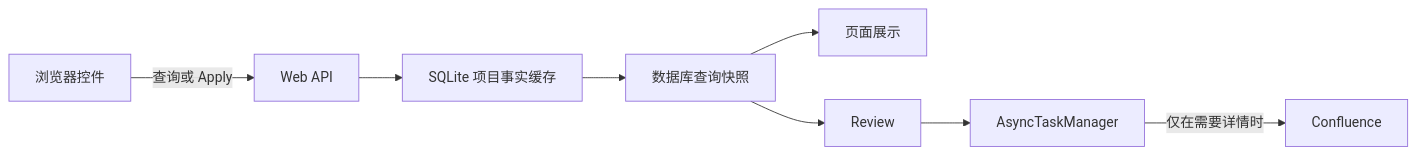
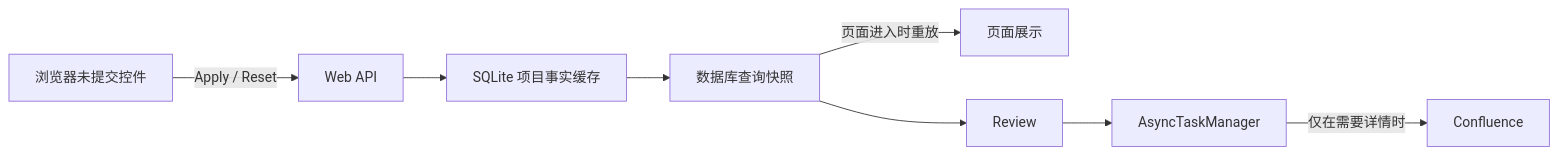
One commit to zhaoxiaojia/SmartTest changed the diagram in docs/superpowers/specs/2026-09-01-web-cache-database-boundaries-design.md. Above: the diagram before and after it, drawn with Mermaid. The commit also changed other lines of this file and 13 other files, not shown here.

````diff
--- a/docs/superpowers/specs/2026-09-01-web-cache-database-boundaries-design.md
+++ b/docs/superpowers/specs/2026-09-01-web-cache-database-boundaries-design.md
@@ -33,10 +39,10 @@
 ```mermaid
 flowchart LR
-    A[浏览器控件] -->|查询或 Apply| B[Web API]
+    A[浏览器未提交控件] -->|Apply / Reset| B[Web API]
     B --> C[SQLite 项目事实缓存]
     C --> D[数据库查询快照]
-    D --> E[页面展示]
+    D -->|页面进入时重放| E[页面展示]
     D --> F[Review]
     F --> G[AsyncTaskManager]
     G -->|仅在需要详情时| H[Confluence]
 ```
````
